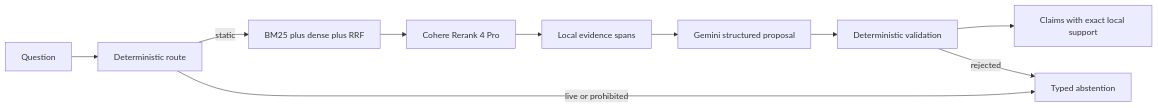
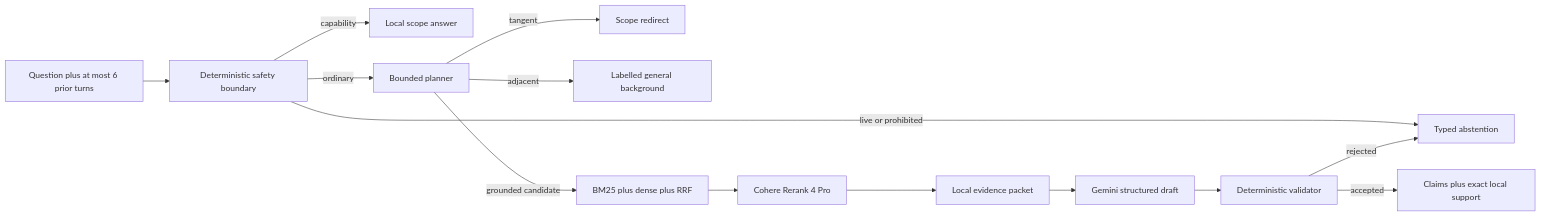
One commit to yusenrong46-afk/firelens-bc changed the diagram in README.md. Above: the diagram before and after it, drawn with Mermaid. The commit also changed other lines of this file and 53 other files, not shown here.

````diff
--- a/README.md
+++ b/README.md
@@ -8,12 +14,16 @@
 ```mermaid
 flowchart LR
-    Q["Question"] --> P["Deterministic route"]
-    P -->|"static"| H["BM25 plus dense plus RRF"]
+    Q["Question plus at most 6 prior turns"] --> B["Deterministic safety boundary"]
+    B -->|"live or prohibited"| A["Typed abstention"]
+    B -->|"capability"| C["Local scope answer"]
+    B -->|"ordinary"| P["Bounded planner"]
+    P -->|"tangent"| T["Scope redirect"]
+    P -->|"adjacent"| G["Labelled general background"]
+    P -->|"grounded candidate"| H["BM25 plus dense plus RRF"]
     H --> R["Cohere Rerank 4 Pro"]
-    R --> E["Local evidence spans"]
-    E --> G["Gemini structured proposal"]
-    G --> V["Deterministic validation"]
-    V --> O["Claims with exact local support"]
-    P -->|"live or prohibited"| A["Typed abstention"]
+    R --> E["Local evidence packet"]
+    E --> D["Gemini structured draft"]
+    D --> V["Deterministic validator"]
+    V -->|"accepted"| O["Claims plus exact local support"]
     V -->|"rejected"| A
 ```
````
